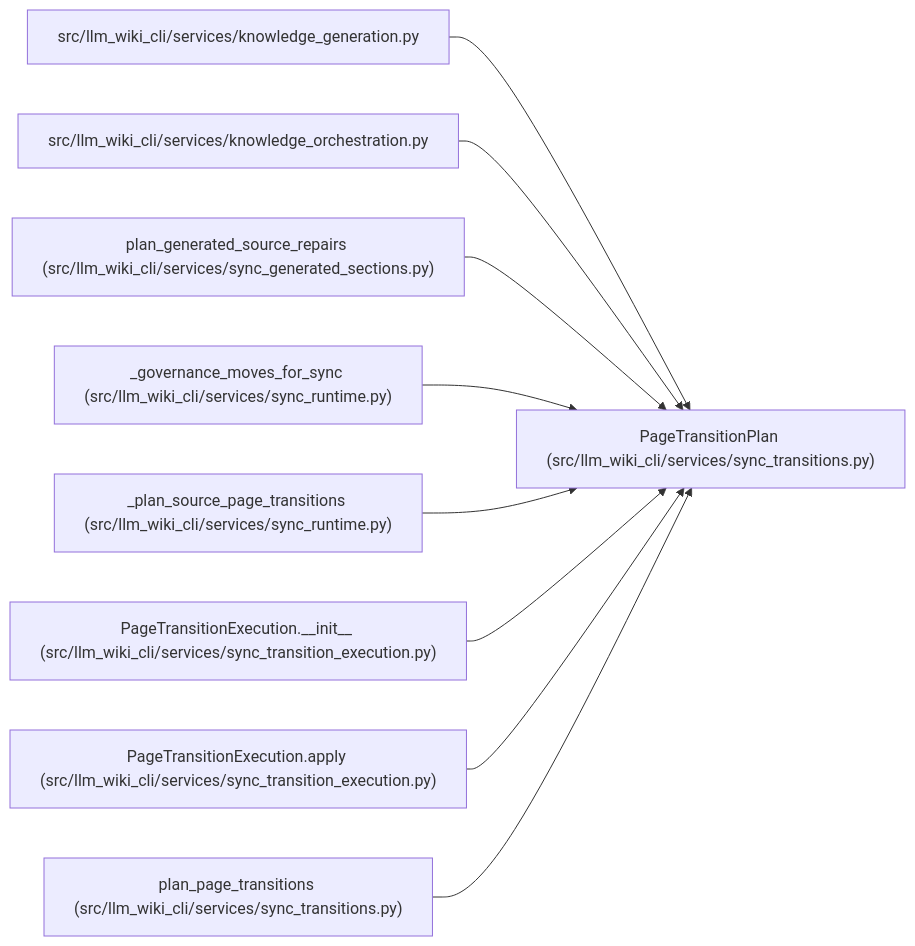
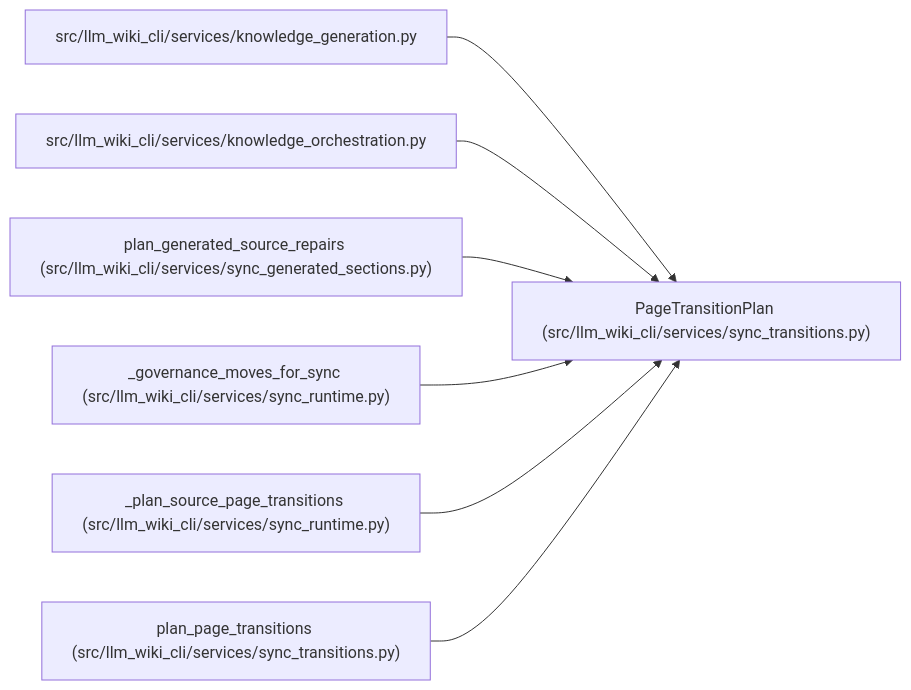
Before and after one commit to Denissvgn/python-wiki-llm: the diagram in docs/llm_wiki/entities/PageTransitionPlan.md, drawn with Mermaid. The commit also changed other lines of this file and 648 other files, not shown here.

````diff
--- a/docs/llm_wiki/entities/PageTransitionPlan.md
+++ b/docs/llm_wiki/entities/PageTransitionPlan.md
@@ -30,29 +30,23 @@
 ```mermaid
 flowchart LR
     n0["PageTransitionPlan (src/llm_wiki_cli/services/sync_transitions.py)"]
     n1["src/llm_wiki_cli/services/knowledge_generation.py"]
     n2["src/llm_wiki_cli/services/knowledge_orchestration.py"]
     n3["plan_generated_source_repairs (src/llm_wiki_cli/services/sync_generated_sections.py)"]
     n4["_governance_moves_for_sync (src/llm_wiki_cli/services/sync_runtime.py)"]
     n5["_plan_source_page_transitions (src/llm_wiki_cli/services/sync_runtime.py)"]
-    n6["PageTransitionExecution.__init__ (src/llm_wiki_cli/services/sync_transition_execution.py)"]
-    n7["PageTransitionExecution.apply (src/llm_wiki_cli/services/sync_transition_execution.py)"]
-    n8["plan_page_transitions (src/llm_wiki_cli/services/sync_transitions.py)"]
+    n6["plan_page_transitions (src/llm_wiki_cli/services/sync_transitions.py)"]
     n1 --> n0
     n2 --> n0
     n3 --> n0
     n4 --> n0
     n5 --> n0
     n6 --> n0
-    n7 --> n0
-    n8 --> n0
     click n0 "../modules/sync_transitions.md"
     click n1 "../modules/knowledge_generation.md"
     click n2 "../modules/knowledge_orchestration.md"
     click n3 "../modules/sync_generated_sections.md"
     click n4 "../modules/sync_runtime.md"
     click n5 "../modules/sync_runtime.md"
-    click n6 "../modules/sync_transition_execution.md"
-    click n7 "../modules/sync_transition_execution.md"
-    click n8 "../modules/sync_transitions.md"
+    click n6 "../modules/sync_transitions.md"
 ```
````
